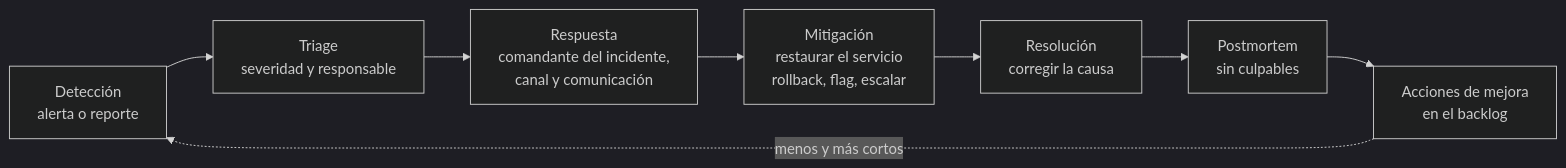
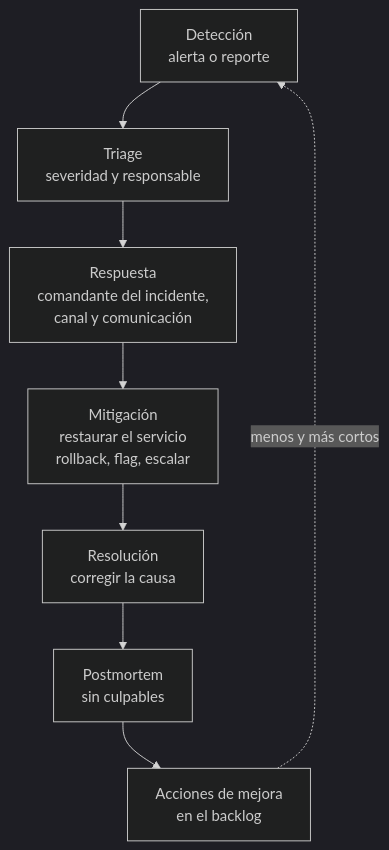
The first of 2 diagrams in content/10-confiabilidad-incidentes.md (andresga79/saas-para-scrum-masters), drawn with Mermaid (dark theme) before and after one commit. The commit also changed 13 other files, not shown here.

First line of the commit message:
Corrige legibilidad de diagramas, casilla del pie e impresión en modo oscuro

````diff
--- a/content/10-confiabilidad-incidentes.md
+++ b/content/10-confiabilidad-incidentes.md
@@ -11,10 +11,10 @@
 ```mermaid
-flowchart LR
+flowchart TB
     A["Detección<br/>alerta o reporte"] --> B["Triage<br/>severidad y responsable"]
     B --> C["Respuesta<br/>comandante del incidente,<br/>canal y comunicación"]
     C --> D["Mitigación<br/>restaurar el servicio<br/>rollback, flag, escalar"]
     D --> E["Resolución<br/>corregir la causa"]
     E --> F["Postmortem<br/>sin culpables"]
     F --> G["Acciones de mejora<br/>en el backlog"]
     G -. "menos y más cortos" .-> A
 ```
````
